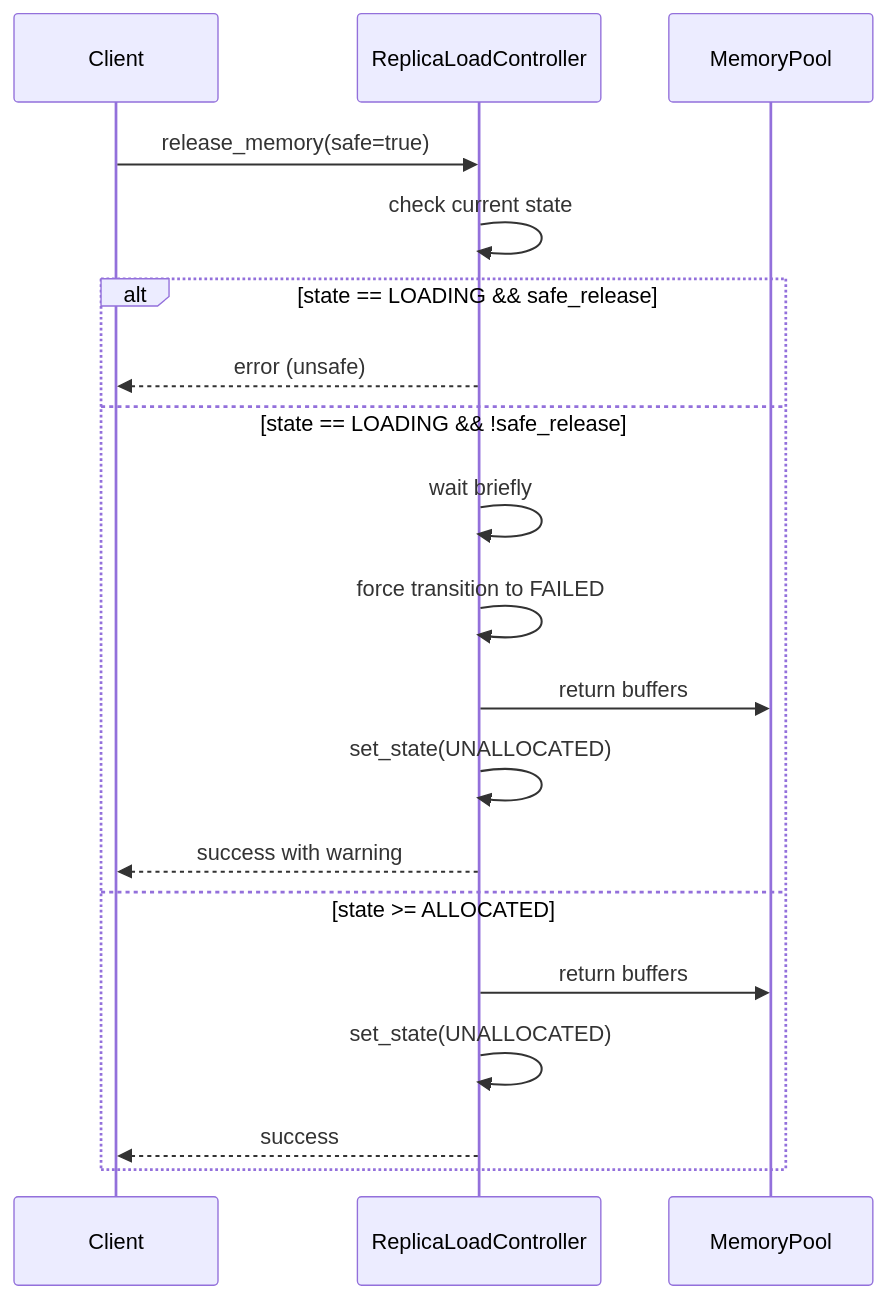
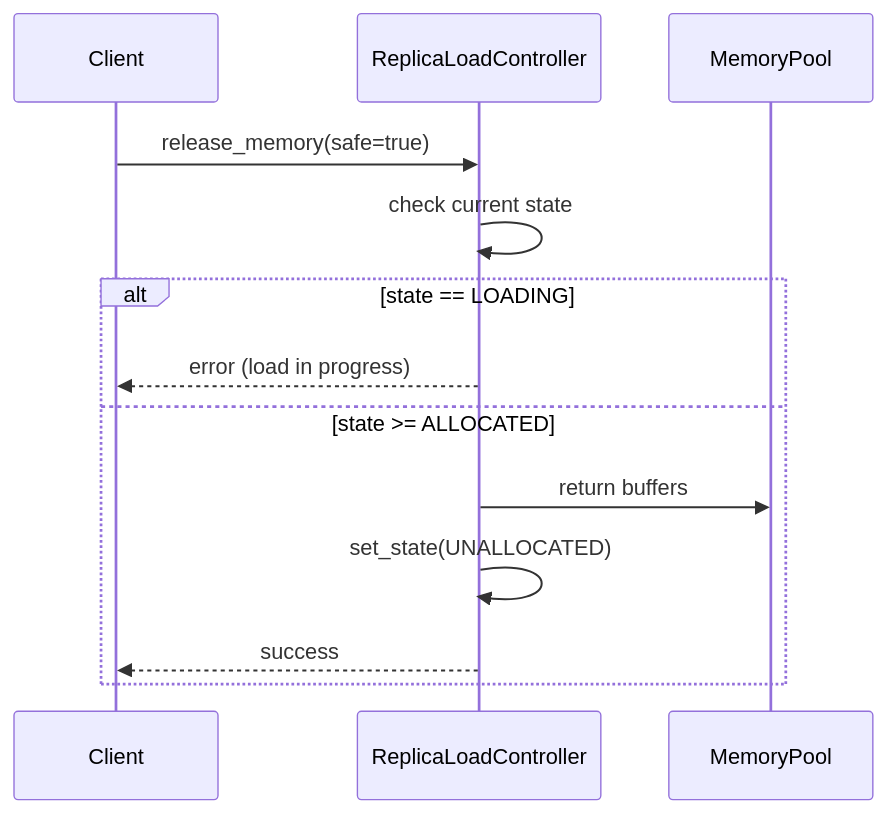
One commit to tensorcast-ai/tensorcast changed the sixth of 7 diagrams in core/store/docs/state-management.md. Above: the diagram before and after it, drawn with Mermaid. The commit also changed other lines of this file and 12 other files, not shown here.

````diff
--- a/core/store/docs/state-management.md
+++ b/core/store/docs/state-management.md
@@ -196,23 +195,17 @@
 ```mermaid
 sequenceDiagram
     participant Client
     participant MM as ReplicaLoadController
     participant Pool as MemoryPool
 
     Client->>MM: release_memory(safe=true)
     MM->>MM: check current state
 
-    alt state == LOADING && safe_release
-        MM-->>Client: error (unsafe)
-    else state == LOADING && !safe_release
-        MM->>MM: wait briefly
-        MM->>MM: force transition to FAILED
-        MM->>Pool: return buffers
-        MM->>MM: set_state(UNALLOCATED)
-        MM-->>Client: success with warning
+    alt state == LOADING
+        MM-->>Client: error (load in progress)
     else state >= ALLOCATED
         MM->>Pool: return buffers
         MM->>MM: set_state(UNALLOCATED)
         MM-->>Client: success
     end
 ```
````
